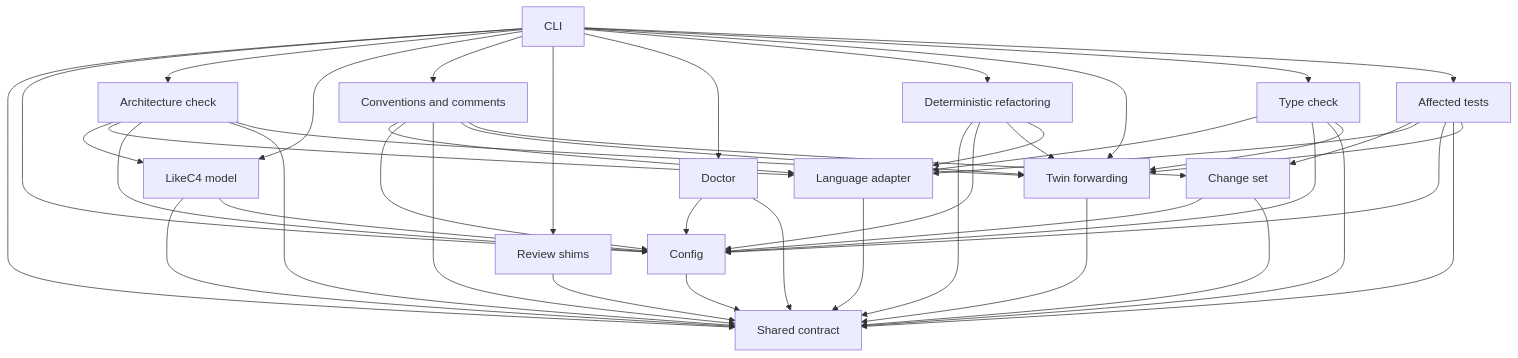
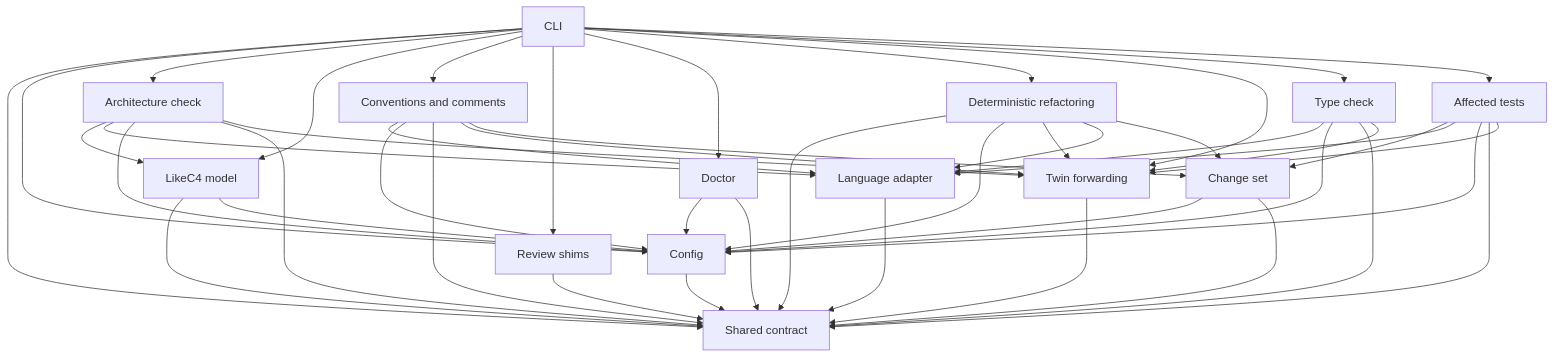
Before and after one commit to MotleyAI/living-architecture: the first of 2 diagrams in architecture/system.arc42.md, drawn with Mermaid. The commit also changed other lines of this file and 11 other files, not shown here.

````diff
--- a/architecture/system.arc42.md
+++ b/architecture/system.arc42.md
@@ -13,62 +13,63 @@
 ```mermaid
 flowchart TD
   %% system: Living-architecture commands
   contract["Shared contract"]
   config["Config"]
   cli["CLI"]
   c4["LikeC4 model"]
   archcheck["Architecture check"]
   lang["Language adapter"]
   conventions["Conventions and comments"]
   review["Review shims"]
   doctor["Doctor"]
   refactor["Deterministic refactoring"]
   twin["Twin forwarding"]
   typecheck["Type check"]
   changes["Change set"]
   affected["Affected tests"]
   cli --> contract
   cli --> config
   cli --> archcheck
   cli --> c4
   cli --> conventions
   cli --> review
   cli --> doctor
   cli --> refactor
   archcheck --> c4
   archcheck --> lang
   archcheck --> config
   archcheck --> contract
   conventions --> lang
   conventions --> config
   conventions --> contract
   c4 --> contract
   c4 --> config
   config --> contract
   review --> contract
   doctor --> config
   doctor --> contract
   refactor --> contract
   cli --> twin
   archcheck --> twin
   twin --> contract
   cli --> typecheck
   typecheck --> lang
   typecheck --> config
   typecheck --> contract
   typecheck --> twin
   conventions --> twin
   refactor --> config
   refactor --> twin
   cli --> affected
   affected --> changes
   affected --> lang
   affected --> config
   affected --> contract
   affected --> twin
   conventions --> changes
   changes --> config
   changes --> contract
   refactor --> lang
+  refactor --> changes
   lang --> contract
 ```
````
